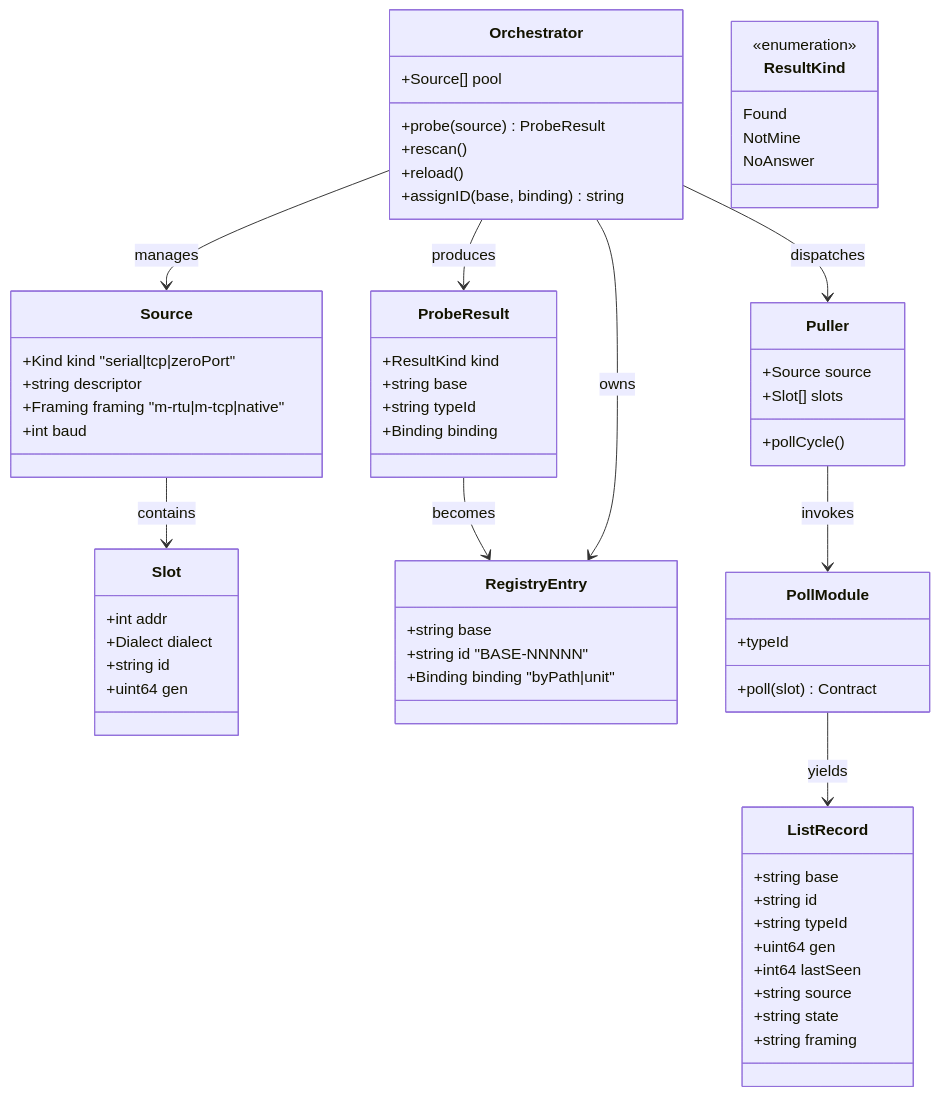
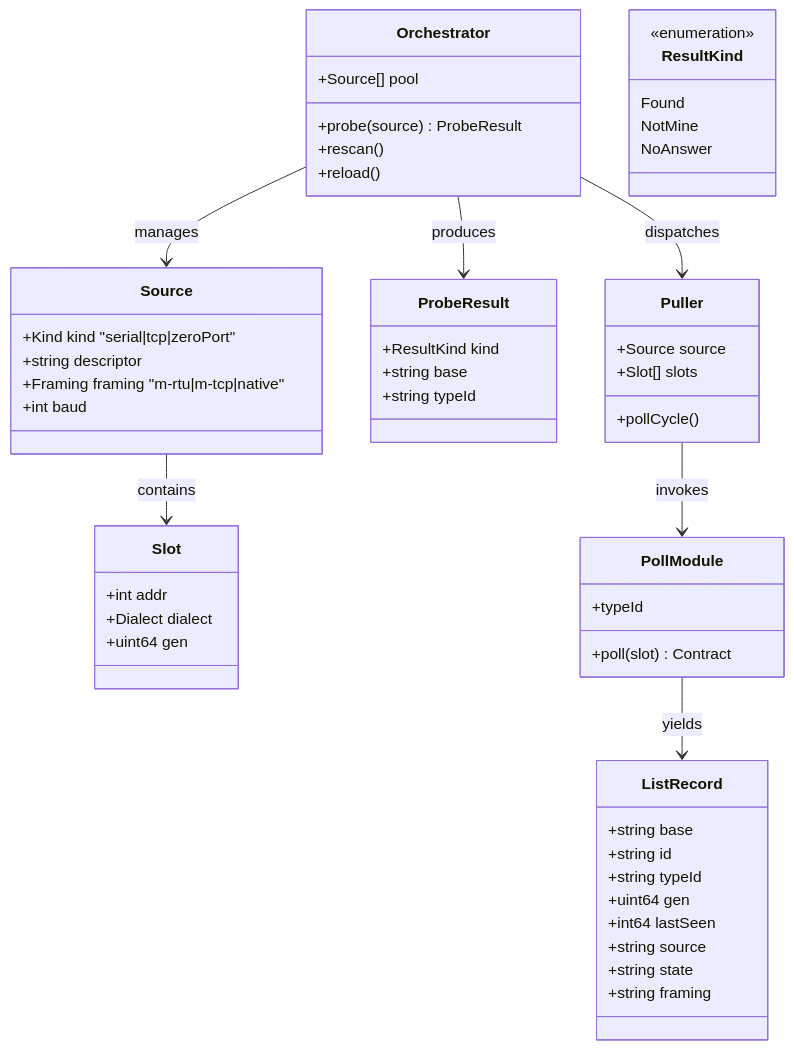
The second of 11 diagrams in docs/bms-reader-arch.md (galiy/malina-26), drawn with Mermaid before and after one commit. The commit also changed other lines of this file and 37 other files, not shown here.

````diff
--- a/docs/bms-reader-arch.md
+++ b/docs/bms-reader-arch.md
@@ -140,68 +137,58 @@
 ```mermaid
 classDiagram
   class Orchestrator {
     +Source[] pool
     +probe(source) ProbeResult
     +rescan()
     +reload()
-    +assignID(base, binding) string
   }
   class Source {
     +Kind kind  "serial|tcp|zeroPort"
     +string descriptor
     +Framing framing "m-rtu|m-tcp|native"
     +int baud
   }
   class Slot {
     +int addr
     +Dialect dialect
-    +string id
     +uint64 gen
   }
   class ProbeResult {
     +ResultKind kind
     +string base
     +string typeId
-    +Binding binding
-  }
-  class RegistryEntry {
-    +string base
-    +string id  "BASE-NNNNN"
-    +Binding binding "byPath|unit"
   }
   class Puller {
     +Source source
     +Slot[] slots
     +pollCycle()
   }
   class PollModule {
     +poll(slot) Contract
     +typeId
   }
   class ListRecord {
     +string base
     +string id
     +string typeId
     +uint64 gen
     +int64 lastSeen
     +string source
     +string state
     +string framing
   }
 
   class ResultKind {
     <<enumeration>>
     Found
     NotMine
     NoAnswer
   }
 
   Orchestrator --> Source : manages
   Source --> Slot : contains
   Orchestrator --> ProbeResult : produces
-  ProbeResult --> RegistryEntry : becomes
-  Orchestrator --> RegistryEntry : owns
   Orchestrator --> Puller : dispatches
   Puller --> PollModule : invokes
   PollModule --> ListRecord : yields
 ```
````
